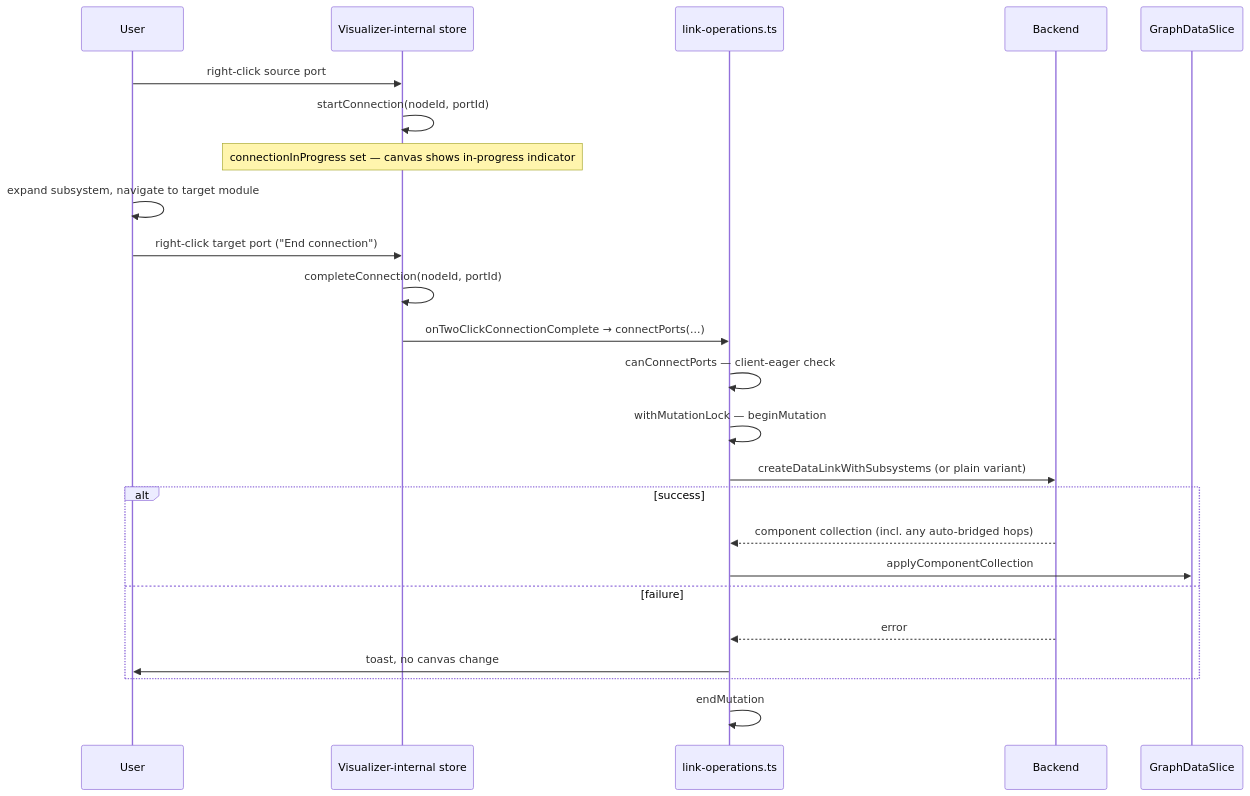
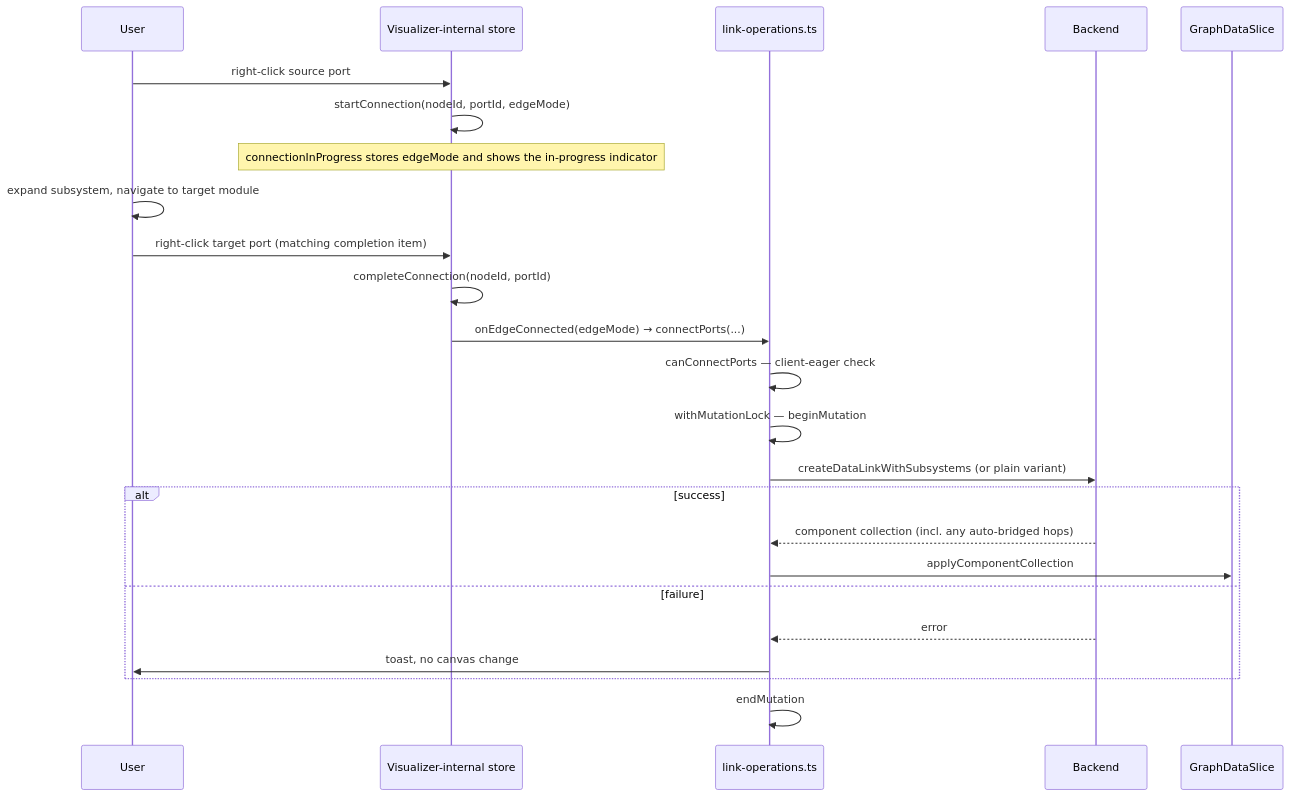
Before and after one commit to AudioReach/audioreach-creator-ui: the first of 2 diagrams in docs/design/edit-session/link-and-port-design.md, drawn with Mermaid. The commit also changed other lines of this file and 19 other files, not shown here.

````diff
--- a/docs/design/edit-session/link-and-port-design.md
+++ b/docs/design/edit-session/link-and-port-design.md
@@ -498,27 +518,27 @@
 ```mermaid
 sequenceDiagram
   participant U as User
   participant V as Visualizer-internal store
   participant L as link-operations.ts
   participant B as Backend
   participant G as GraphDataSlice
 
   U->>V: right-click source port
-  V->>V: startConnection(nodeId, portId)
-  Note over V: connectionInProgress set — canvas shows in-progress indicator
+  V->>V: startConnection(nodeId, portId, edgeMode)
+  Note over V: connectionInProgress stores edgeMode and shows the in-progress indicator
   U->>U: expand subsystem, navigate to target module
-  U->>V: right-click target port ("End connection")
+  U->>V: right-click target port (matching completion item)
   V->>V: completeConnection(nodeId, portId)
-  V->>L: onTwoClickConnectionComplete → connectPorts(...)
+  V->>L: onEdgeConnected(edgeMode) → connectPorts(...)
   L->>L: canConnectPorts — client-eager check
   L->>L: withMutationLock — beginMutation
   L->>B: createDataLinkWithSubsystems (or plain variant)
   alt success
     B-->>L: component collection (incl. any auto-bridged hops)
     L->>G: applyComponentCollection
   else failure
     B-->>L: error
     L->>U: toast, no canvas change
   end
   L->>L: endMutation
 ```
````
